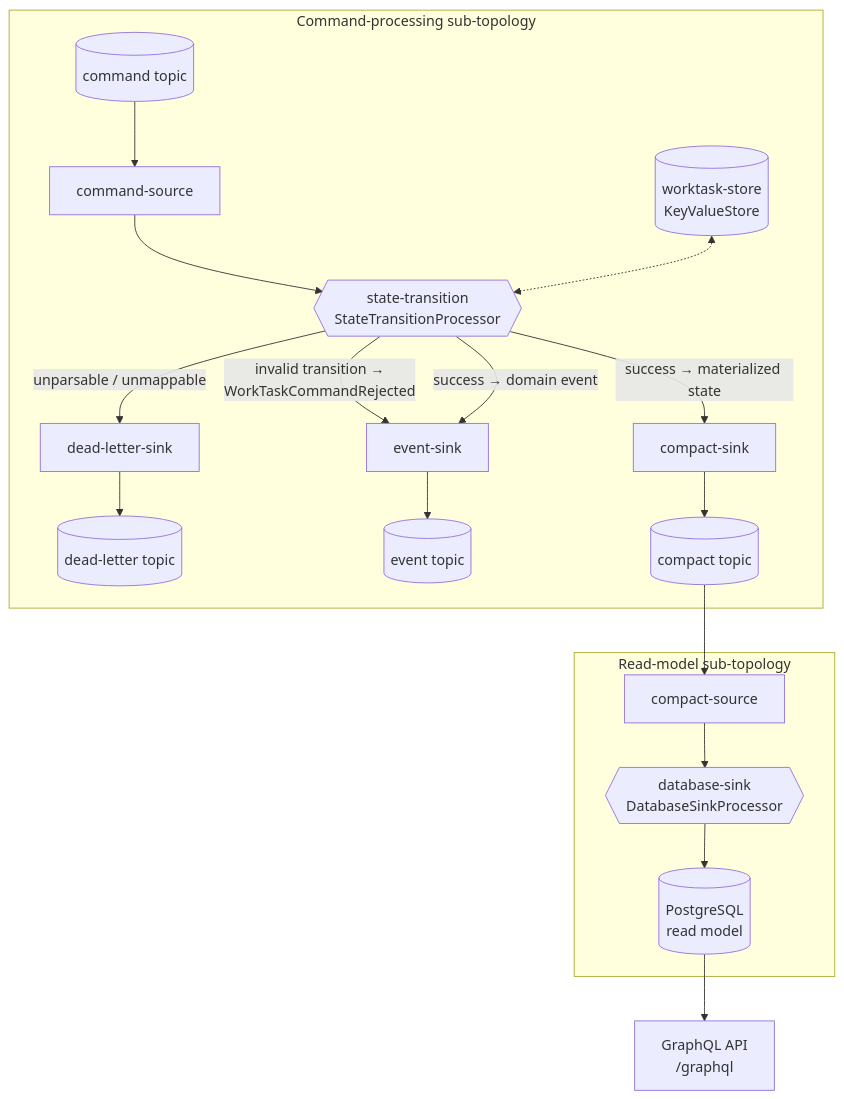
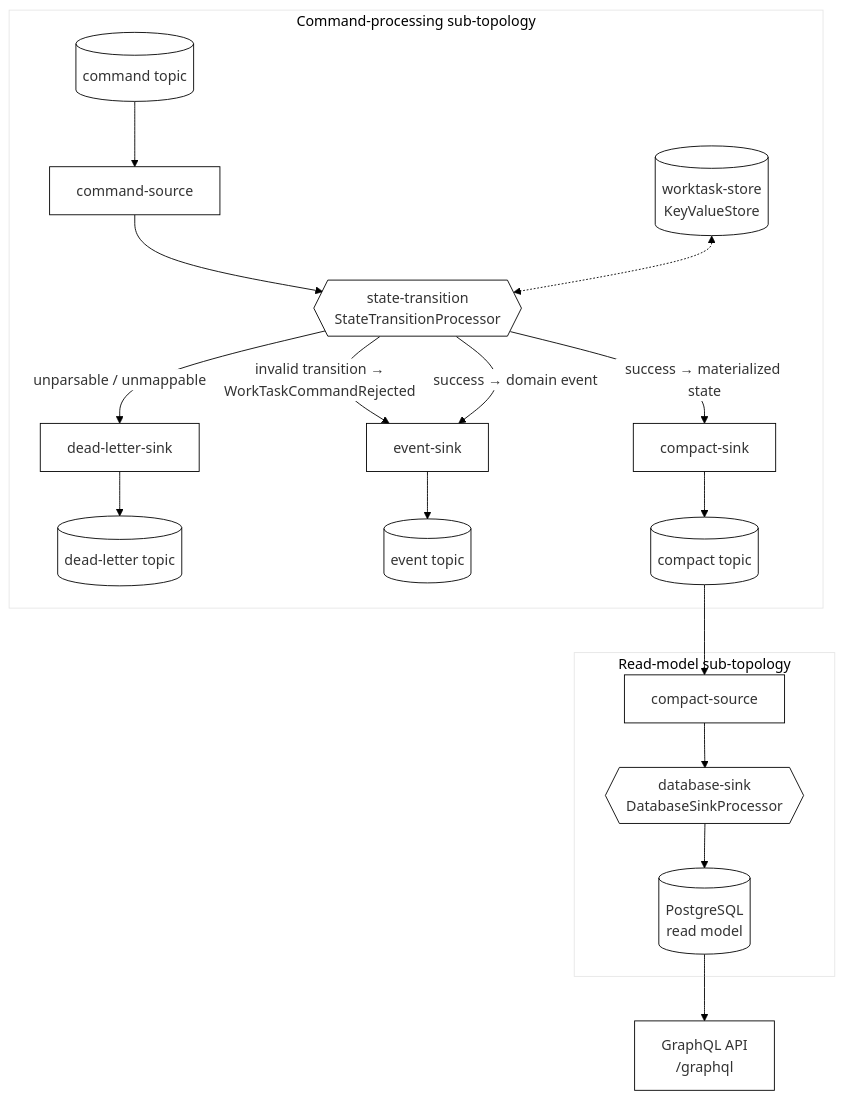
Before and after one commit to LMJohansson/worktask-service: the diagram in README.md, drawn with Mermaid.

Commit message:
Mermaid theme
Implements the previously-missing DatabaseSink as a second source/processor
pair in the Kafka Streams topology, consuming the compact topic and
upserting materialized WorkTask state into Postgres via PanacheWorkTaskRepository.
Adds a read-only GraphQL query API (quarkus-smallrye-graphql) on top of that
read model, exposing workTask(id) and workTasks(filter, page, size).

````diff
--- a/README.md
+++ b/README.md
@@ -84,23 +84,36 @@
 ```mermaid
+%%{
+  init: {
+    'theme': 'base',
+    'themeVariables': {
+      'fontFamily': 'Comic Sans MS, Comic Sans, cursive',
+      'background': '#ffffff',
+      'primaryColor': '#ffffff',
+      'primaryBorderColor': '#000000',
+      'lineColor': '#000000',
+      'tertiaryColor': '#ffffff'
+    }
+  }
+}%%
 flowchart TD
     subgraph cmd["Command-processing sub-topology"]
         cmdTopic[("command topic")] --> cmdSource["command-source"]
         cmdSource --> stp{{"state-transition<br/>StateTransitionProcessor"}}
         store[("worktask-store<br/>KeyValueStore")] <-.-> stp
         stp -- "unparsable / unmappable" --> dltSink["dead-letter-sink"]
         stp -- "invalid transition →<br/>WorkTaskCommandRejected" --> eventSink["event-sink"]
         stp -- "success → domain event" --> eventSink
         stp -- "success → materialized state" --> compactSink["compact-sink"]
         dltSink --> dltTopic[("dead-letter topic")]
         eventSink --> eventTopic[("event topic")]
         compactSink --> compactTopic[("compact topic")]
     end
 
     subgraph read["Read-model sub-topology"]
         compactTopic --> compactSource["compact-source"]
         compactSource --> dbSink{{"database-sink<br/>DatabaseSinkProcessor"}}
         dbSink --> pg[("PostgreSQL<br/>read model")]
     end
 
     pg --> gql["GraphQL API<br/>/graphql"]
 ```
````
